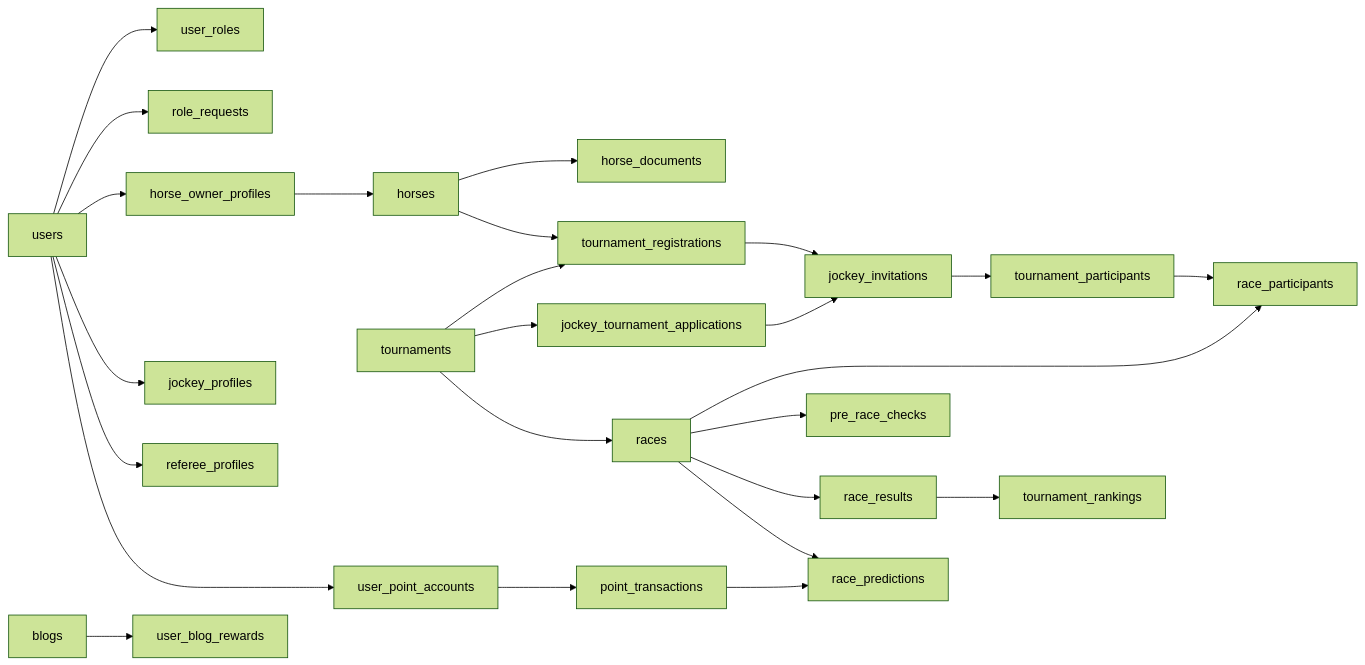
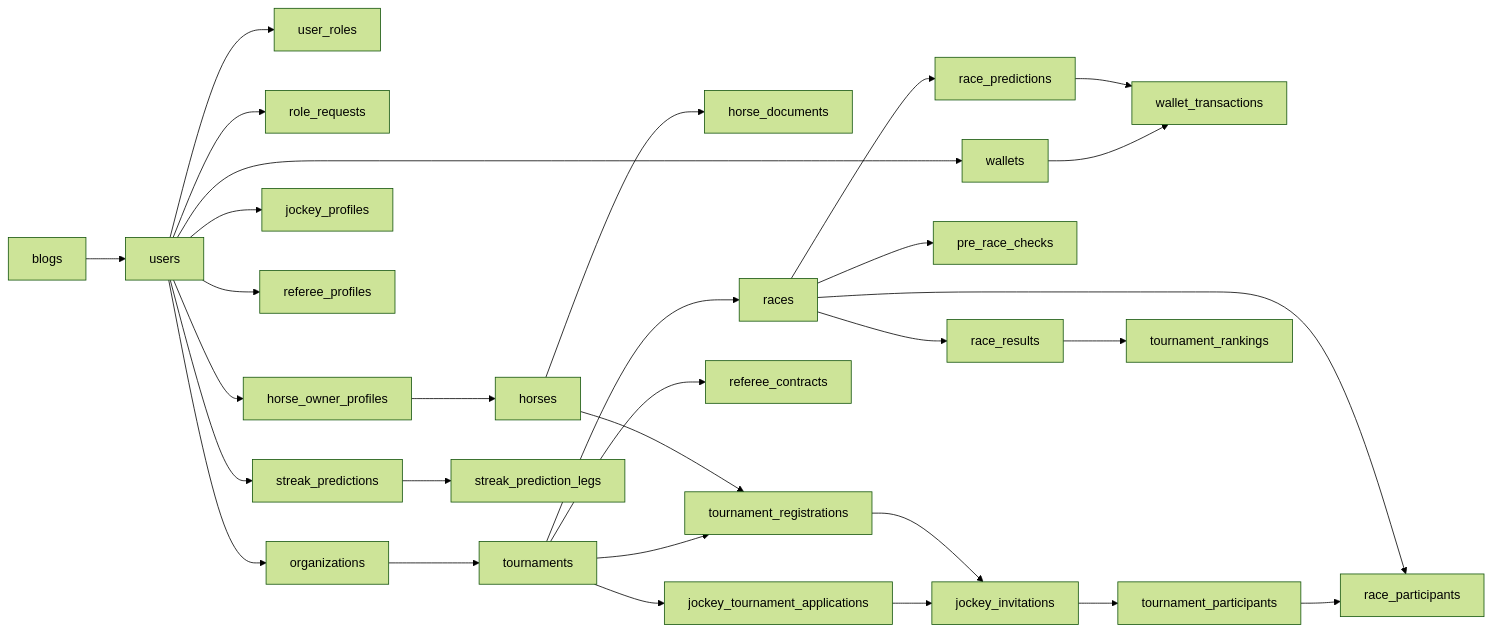
Before and after one commit to itsHungw/SWP391-horse-racing-tournament-system: the diagram in docs/specs/business/01_domain-model.md, drawn with Mermaid (forest theme). The commit also changed other lines of this file and 22 other files, not shown here.

````diff
--- a/docs/specs/business/01_domain-model.md
+++ b/docs/specs/business/01_domain-model.md
@@ -51,27 +63,32 @@
 ```mermaid
 flowchart LR
     U["users"] --> UR["user_roles"]
     U --> RR["role_requests"]
     U --> OP["horse_owner_profiles"]
     U --> JP["jockey_profiles"]
     U --> FP["referee_profiles"]
+    U --> W["wallets"]
+    W --> WT["wallet_transactions"]
+    U --> ORG["organizations"]
+    ORG --> T["tournaments"]
     OP --> H["horses"]
     H --> HD["horse_documents"]
-    T["tournaments"] --> TR["tournament_registrations"]
+    T --> TR["tournament_registrations"]
     H --> TR
     T --> JA["jockey_tournament_applications"]
     JA --> JI["jockey_invitations"]
     TR --> JI
     JI --> TP["tournament_participants"]
+    T --> RC["referee_contracts"]
     T --> R["races"]
     TP --> RP["race_participants"]
     R --> RP
     R --> PRC["pre_race_checks"]
     R --> RES["race_results"]
     RES --> RK["tournament_rankings"]
-    B["blogs"] --> UBR["user_blog_rewards"]
-    U --> UPA["user_point_accounts"]
-    UPA --> PT["point_transactions"]
     R --> P["race_predictions"]
-    PT --> P
+    P --> WT
+    U --> SP["streak_predictions"]
+    SP --> SPL["streak_prediction_legs"]
+    B["blogs"] --> U
 ```
````
